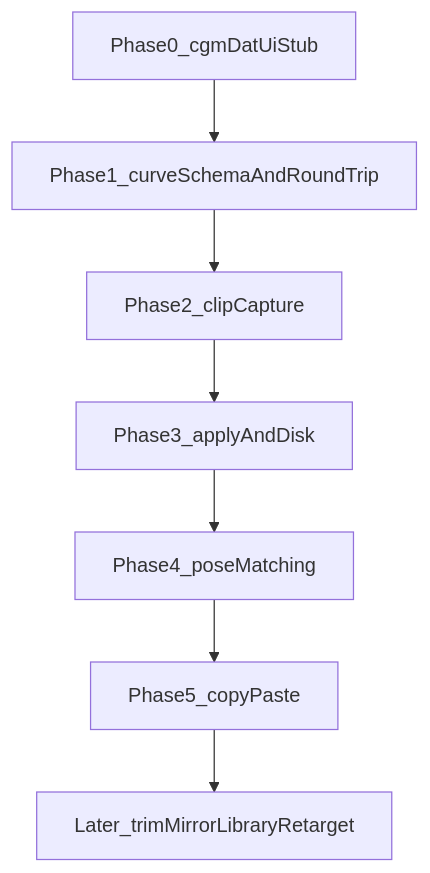
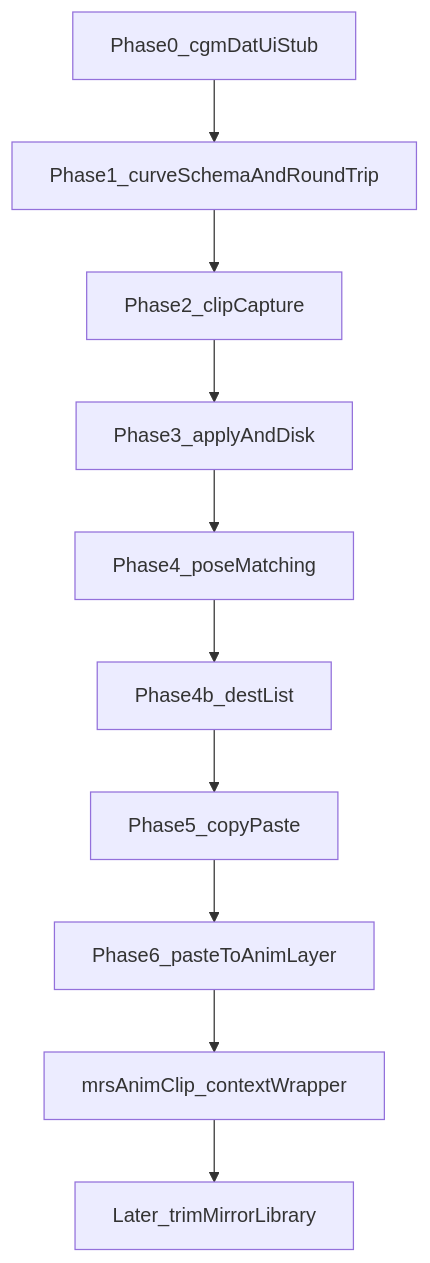
The diagram in Features/Feature_AnimData.md (jjburton/cgmToolsDev), drawn with Mermaid before and after one commit. The commit also changed other lines of this file and 5 other files, not shown here.

````diff
--- a/Features/Feature_AnimData.md
+++ b/Features/Feature_AnimData.md
@@ -68,11 +75,14 @@
 ```mermaid
 flowchart TD
   p0[Phase0_cgmDatUiStub]
   p1[Phase1_curveSchemaAndRoundTrip]
   p2[Phase2_clipCapture]
   p3[Phase3_applyAndDisk]
   p4[Phase4_poseMatching]
+  p4b[Phase4b_destList]
   p5[Phase5_copyPaste]
-  later[Later_trimMirrorLibraryRetarget]
-  p0 --> p1 --> p2 --> p3 --> p4 --> p5 --> later
+  p6[Phase6_pasteToAnimLayer]
+  mrs[mrsAnimClip_contextWrapper]
+  later[Later_trimMirrorLibrary]
+  p0 --> p1 --> p2 --> p3 --> p4 --> p4b --> p5 --> p6 --> mrs --> later
 ```
````
